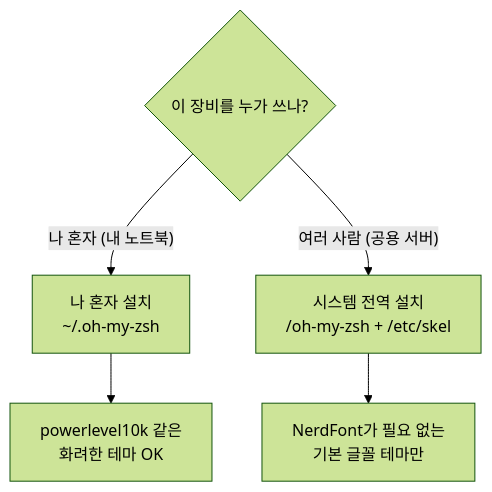
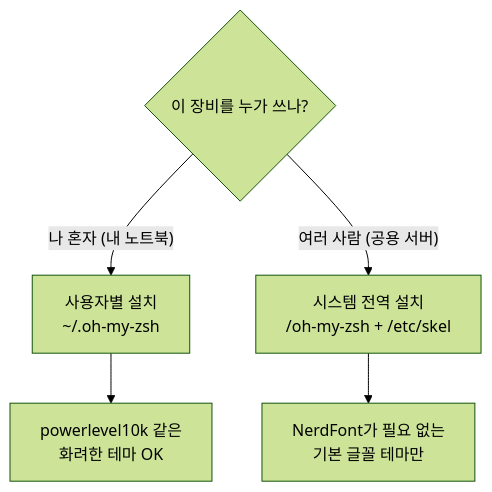
Before and after one commit to KREONET/osso-book: the second of 2 diagrams in src/J-workstation.md, drawn with Mermaid (forest theme). The commit also changed other lines of this file and 48 other files, not shown here.

````diff
--- a/src/J-workstation.md
+++ b/src/J-workstation.md
@@ -165,8 +165,8 @@
 ```mermaid
 flowchart TB
   Q{"이 장비를 누가 쓰나?"}
-  Q -- "나 혼자 (내 노트북)" --> A["나 혼자 설치<br/>~/.oh-my-zsh"]
+  Q -- "나 혼자 (내 노트북)" --> A["사용자별 설치<br/>~/.oh-my-zsh"]
   Q -- "여러 사람 (공용 서버)" --> B["시스템 전역 설치<br/>/oh-my-zsh + /etc/skel"]
   A --> P["powerlevel10k 같은<br/>화려한 테마 OK"]
   B --> N["NerdFont가 필요 없는<br/>기본 글꼴 테마만"]
 ```
````
